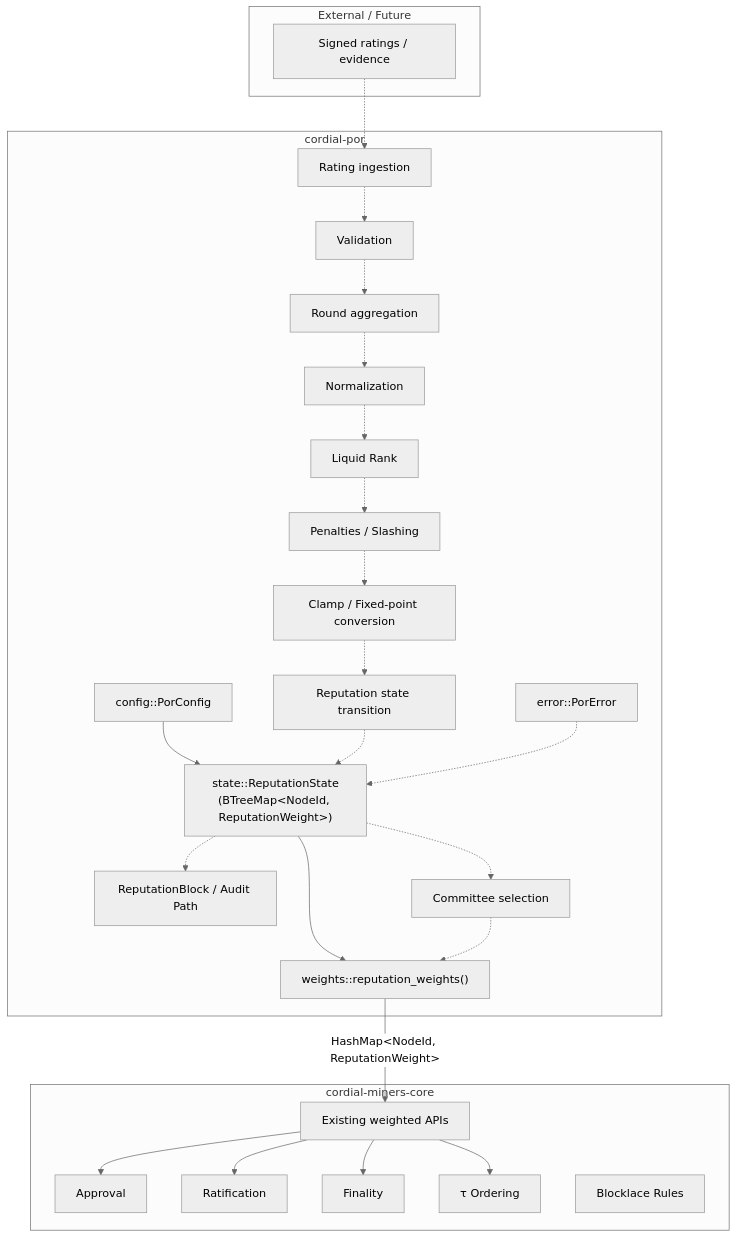
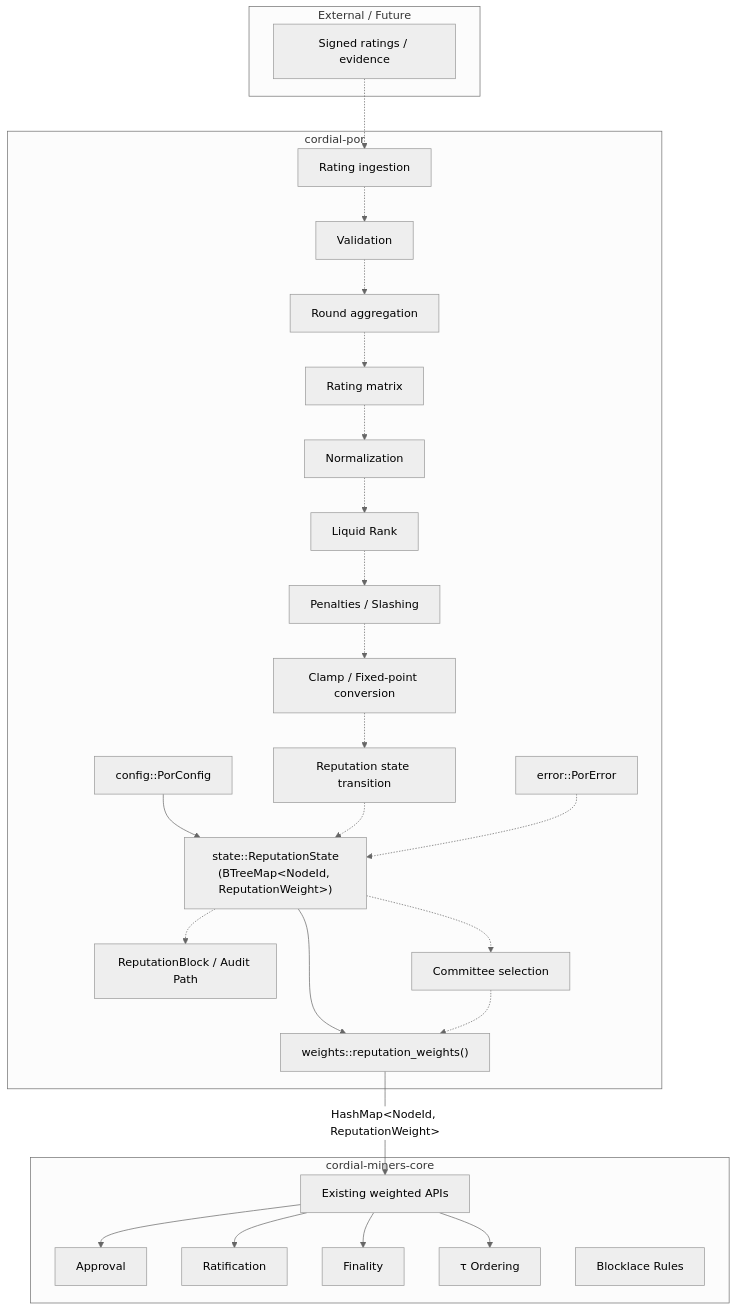
One commit to TesfamichaelA-code/cordial-f1r3node changed the second of 2 diagrams in crates/cordial-por/docs/00-architecture.md. Above: the diagram before and after it, drawn with Mermaid (neutral theme). The commit also changed other lines of this file and 1 other file, not shown here.

Commit message:
docs(cordial-por): document normalized rating matrix stage

````diff
--- a/crates/cordial-por/docs/00-architecture.md
+++ b/crates/cordial-por/docs/00-architecture.md
@@ -60,74 +60,76 @@
 ```mermaid
 flowchart TD
 
     %% ---------- External ----------
     subgraph External["External / Future"]
         Ratings["Signed ratings / evidence"]
     end
 
     %% ---------- cordial-por ----------
     subgraph PoR["cordial-por"]
 
         Config["config::PorConfig"]
 
         State["state::ReputationState<br/>(BTreeMap&lt;NodeId, ReputationWeight&gt;)"]
 
         Export["weights::reputation_weights()"]
 
         Audit["ReputationBlock / Audit Path"]
 
         Error["error::PorError"]
 
         Ingest["Rating ingestion"]
         Validate["Validation"]
         Aggregate["Round aggregation"]
+        Matrix["Rating matrix"]
         Normalize["Normalization"]
         Liquid["Liquid Rank"]
         Penalty["Penalties / Slashing"]
         Clamp["Clamp / Fixed-point conversion"]
         Transition["Reputation state transition"]
         Committee["Committee selection"]
 
     end
 
     %% ---------- cordial-miners-core ----------
     subgraph Core["cordial-miners-core"]
 
         Weighted["Existing weighted APIs"]
 
         Approval["Approval"]
         Ratification["Ratification"]
         Finality["Finality"]
         Tau["τ Ordering"]
         Blocklace["Blocklace Rules"]
 
     end
 
     %% ---------- Current implemented path ----------
     Config --> State
     State --> Export
     Export -->|"HashMap&lt;NodeId, ReputationWeight&gt;"| Weighted
 
     %% ---------- Future PoR pipeline ----------
     Ratings -.-> Ingest
     Ingest -.-> Validate
     Validate -.-> Aggregate
-    Aggregate -.-> Normalize
+    Aggregate -.-> Matrix
+    Matrix -.-> Normalize
     Normalize -.-> Liquid
     Liquid -.-> Penalty
     Penalty -.-> Clamp
     Clamp -.-> Transition
     Transition -.-> State
 
     State -.-> Audit
     State -.-> Committee
     Committee -.-> Export
 
     Error -.-> State
 
     %% ---------- Consumed by Cordial Miners ----------
     Weighted --> Approval
     Weighted --> Ratification
     Weighted --> Finality
     Weighted --> Tau
 ```
````
